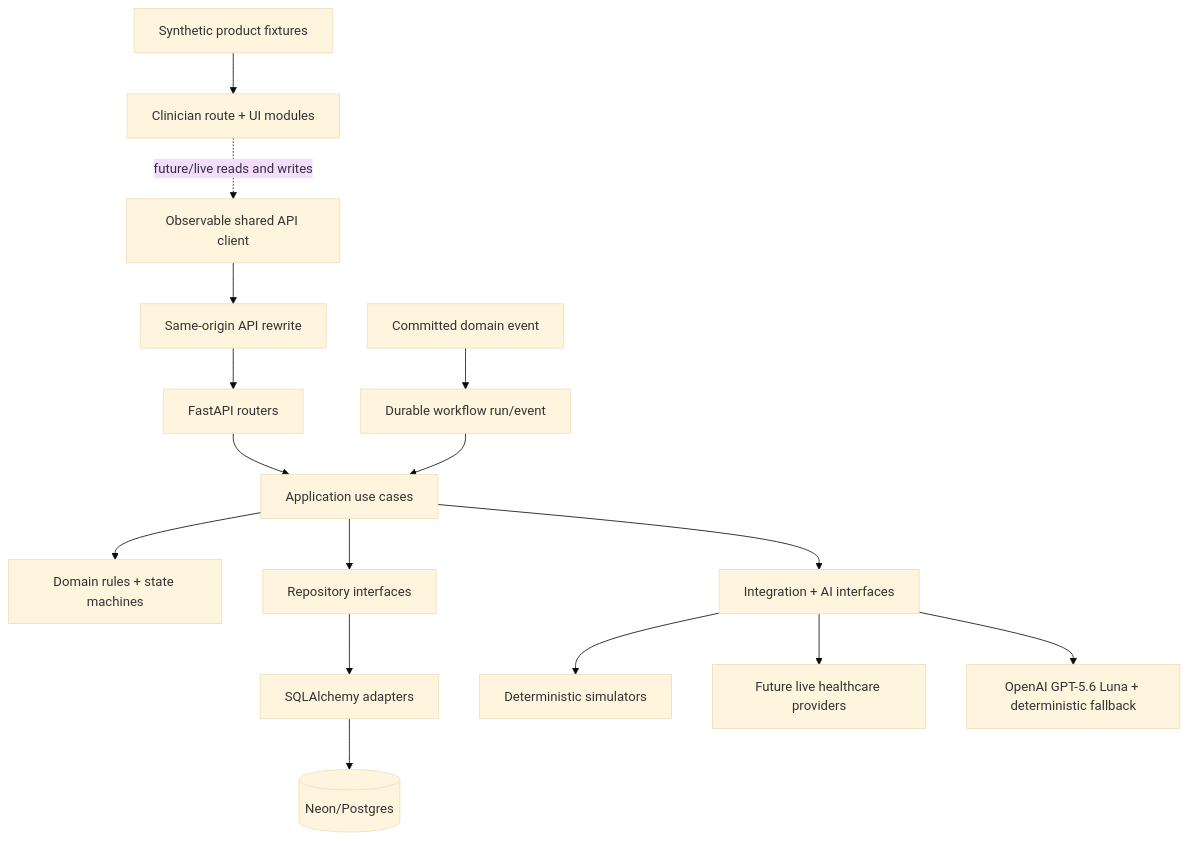
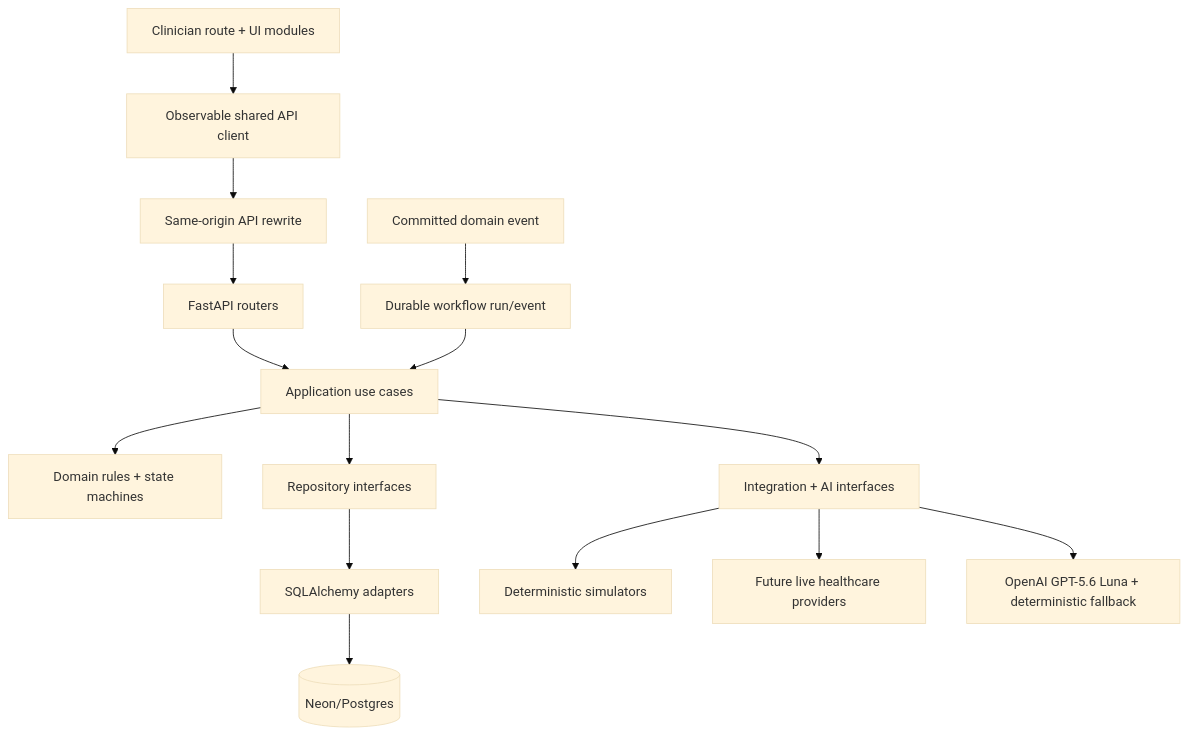
Before and after one commit to ambrosia-health/ehr: the second of 5 diagrams in docs/architecture.md, drawn with Mermaid (base theme). The commit also changed other lines of this file and 36 other files, not shown here.

````diff
--- a/docs/architecture.md
+++ b/docs/architecture.md
@@ -40,19 +40,18 @@
 ```mermaid
 flowchart TD
-    FX["Synthetic product fixtures"] --> UI["Clinician route + UI modules"]
-    UI -. "future/live reads and writes" .-> QC["Observable shared API client"]
+    UI["Clinician route + UI modules"] --> QC["Observable shared API client"]
     QC --> PX["Same-origin API rewrite"]
     PX --> RT["FastAPI routers"]
     RT --> UC["Application use cases"]
     UC --> DM["Domain rules + state machines"]
     UC --> RP["Repository interfaces"]
     UC --> IP["Integration + AI interfaces"]
     RP --> SA["SQLAlchemy adapters"]
     SA --> PG[("Neon/Postgres")]
     IP --> SIM["Deterministic simulators"]
     IP --> LIVE["Future live healthcare providers"]
     IP --> AI["OpenAI GPT-5.6 Luna + deterministic fallback"]
 
     EV["Committed domain event"] --> WF["Durable workflow run/event"]
     WF --> UC
 ```
````
